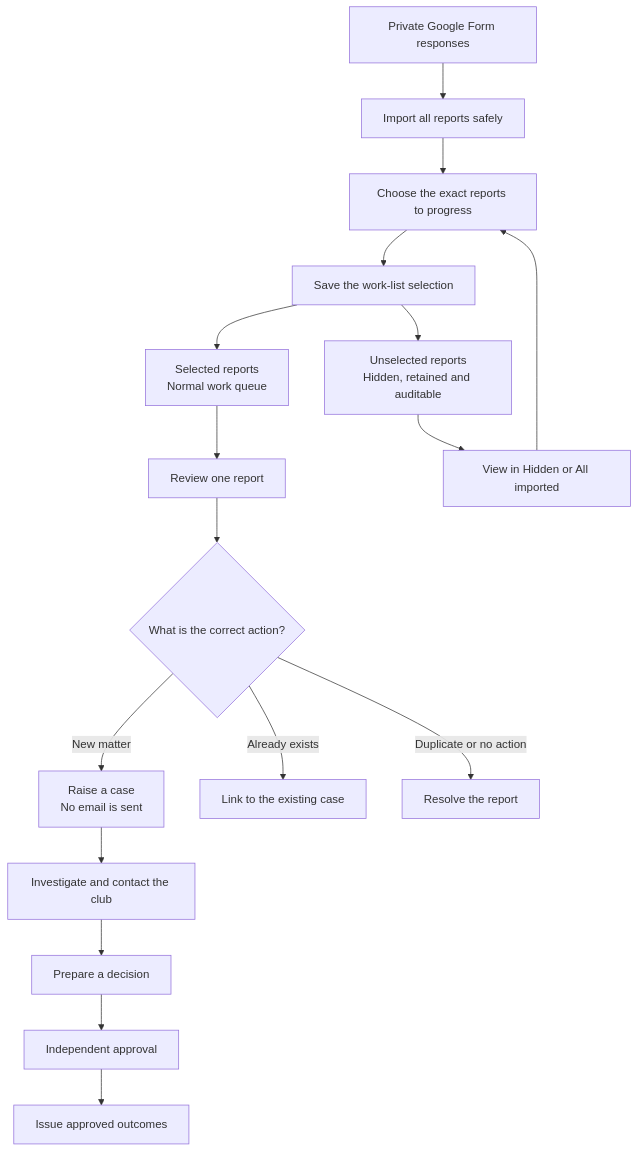
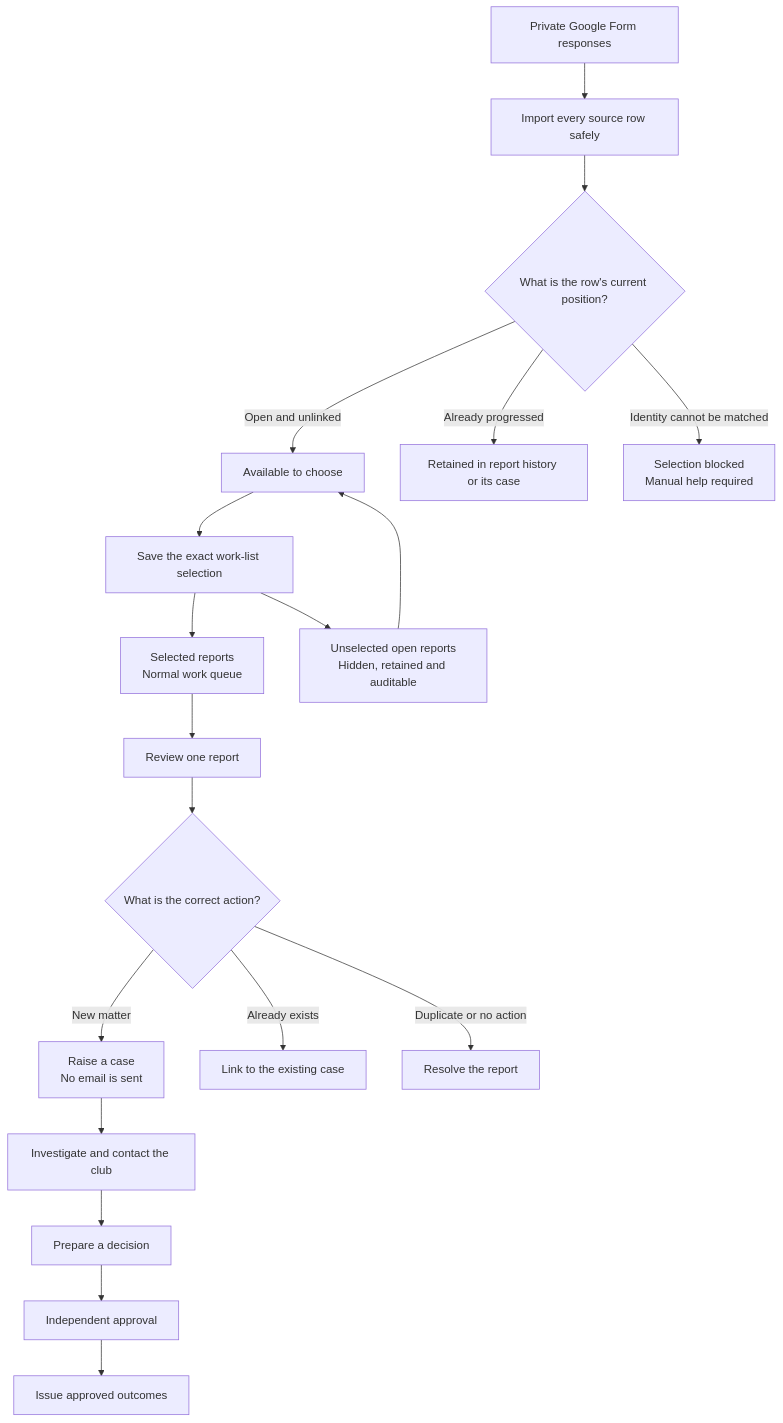
The diagram in docs/INELIGIBLE-PLAYER-QUICK-GUIDE.md (warren2314/gmcl), drawn with Mermaid before and after one commit. The commit also changed other lines of this file and 14 other files, not shown here.

Commit message:
Clarify ineligible import selection

````diff
--- a/docs/INELIGIBLE-PLAYER-QUICK-GUIDE.md
+++ b/docs/INELIGIBLE-PLAYER-QUICK-GUIDE.md
@@ -143,19 +148,21 @@
 ```mermaid
 flowchart TD
-    A["Private Google Form responses"] --> B["Import all reports safely"]
-    B --> C["Choose the exact reports to progress"]
-    C --> D["Save the work-list selection"]
-    D --> E["Selected reports<br/>Normal work queue"]
-    D --> F["Unselected reports<br/>Hidden, retained and auditable"]
-    F --> G["View in Hidden or All imported"]
-    G --> C
-    E --> H["Review one report"]
-    H --> I{"What is the correct action?"}
-    I -->|New matter| J["Raise a case<br/>No email is sent"]
-    I -->|Already exists| K["Link to the existing case"]
-    I -->|Duplicate or no action| L["Resolve the report"]
-    J --> M["Investigate and contact the club"]
-    M --> N["Prepare a decision"]
-    N --> O["Independent approval"]
-    O --> P["Issue approved outcomes"]
+    A["Private Google Form responses"] --> B["Import every source row safely"]
+    B --> C{"What is the row's current position?"}
+    C -->|Open and unlinked| D["Available to choose"]
+    C -->|Already progressed| E["Retained in report history or its case"]
+    C -->|Identity cannot be matched| F["Selection blocked<br/>Manual help required"]
+    D --> G["Save the exact work-list selection"]
+    G --> H["Selected reports<br/>Normal work queue"]
+    G --> I["Unselected open reports<br/>Hidden, retained and auditable"]
+    I --> D
+    H --> J["Review one report"]
+    J --> K{"What is the correct action?"}
+    K -->|New matter| L["Raise a case<br/>No email is sent"]
+    K -->|Already exists| M["Link to the existing case"]
+    K -->|Duplicate or no action| N["Resolve the report"]
+    L --> O["Investigate and contact the club"]
+    O --> P["Prepare a decision"]
+    P --> Q["Independent approval"]
+    Q --> R["Issue approved outcomes"]
 ```
````
